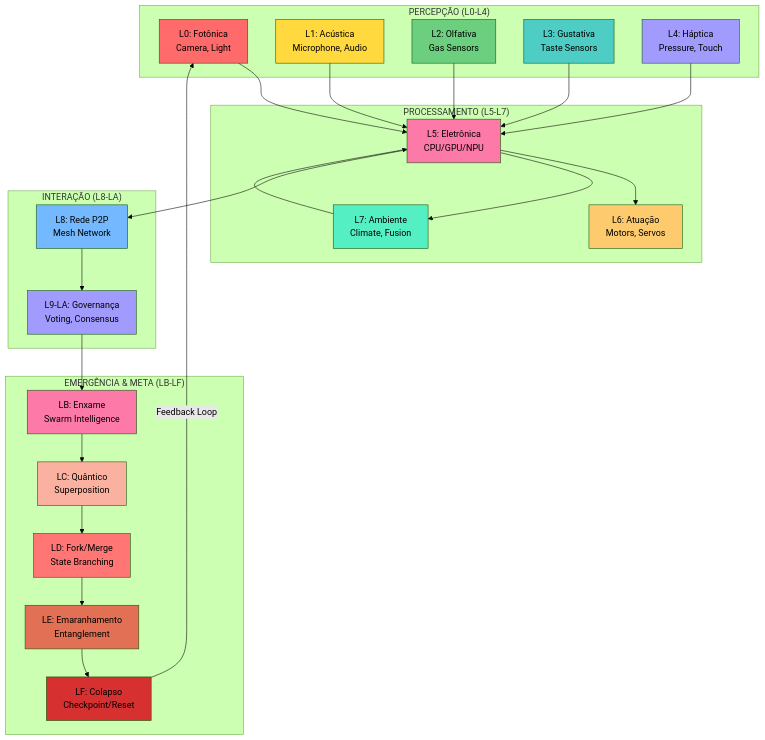
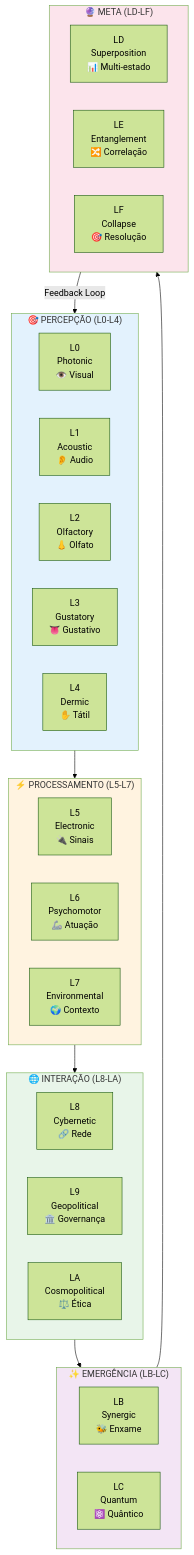
Before and after one commit to silvanoneto/SIL: the third of 20 diagrams in docs/DIAGRAMS.md, drawn with Mermaid (forest theme). The commit also changed other lines of this file and 7 other files, not shown here.

````diff
--- a/docs/DIAGRAMS.md
+++ b/docs/DIAGRAMS.md
@@ -9,66 +127,50 @@
 ```mermaid
-graph TB
-    subgraph "PERCEPÇÃO (L0-L4)"
-        L0[L0: Fotônica<br/>Camera, Light]
-        L1[L1: Acústica<br/>Microphone, Audio]
-        L2[L2: Olfativa<br/>Gas Sensors]
-        L3[L3: Gustativa<br/>Taste Sensors]
-        L4[L4: Háptica<br/>Pressure, Touch]
+flowchart TB
+    subgraph PERCEPTION["🎯 PERCEPÇÃO (L0-L4)"]
+        direction LR
+        L0["L0<br/>Photonic<br/>👁️ Visual"]
+        L1["L1<br/>Acoustic<br/>👂 Audio"]
+        L2["L2<br/>Olfactory<br/>👃 Olfato"]
+        L3["L3<br/>Gustatory<br/>👅 Gustativo"]
+        L4["L4<br/>Dermic<br/>✋ Tátil"]
     end
 
-    subgraph "PROCESSAMENTO (L5-L7)"
-        L5[L5: Eletrônica<br/>CPU/GPU/NPU]
-        L6[L6: Atuação<br/>Motors, Servos]
-        L7[L7: Ambiente<br/>Climate, Fusion]
+    subgraph PROCESSING["⚡ PROCESSAMENTO (L5-L7)"]
+        direction LR
+        L5["L5<br/>Electronic<br/>🔌 Sinais"]
+        L6["L6<br/>Psychomotor<br/>🦾 Atuação"]
+        L7["L7<br/>Environmental<br/>🌍 Contexto"]
     end
 
-    subgraph "INTERAÇÃO (L8-LA)"
-        L8[L8: Rede P2P<br/>Mesh Network]
-        L9[L9-LA: Governança<br/>Voting, Consensus]
+    subgraph INTERACTION["🌐 INTERAÇÃO (L8-LA)"]
+        direction LR
+        L8["L8<br/>Cybernetic<br/>🔗 Rede"]
+        L9["L9<br/>Geopolitical<br/>🏛️ Governança"]
+        LA["LA<br/>Cosmopolitical<br/>⚖️ Ética"]
     end
 
-    subgraph "EMERGÊNCIA & META (LB-LF)"
-        LB[LB: Enxame<br/>Swarm Intelligence]
-        LC[LC: Quântico<br/>Superposition]
-        LD[LD: Fork/Merge<br/>State Branching]
-        LE[LE: Emaranhamento<br/>Entanglement]
-        LF[LF: Colapso<br/>Checkpoint/Reset]
+    subgraph EMERGENCE["✨ EMERGÊNCIA (LB-LC)"]
+        direction LR
+        LB["LB<br/>Synergic<br/>🐝 Enxame"]
+        LC["LC<br/>Quantum<br/>⚛️ Quântico"]
     end
 
-    L0 --> L5
-    L1 --> L5
-    L2 --> L5
-    L3 --> L5
-    L4 --> L5
+    subgraph META["🔮 META (LD-LF)"]
+        direction LR
+        LD["LD<br/>Superposition<br/>📊 Multi-estado"]
+        LE["LE<br/>Entanglement<br/>🔀 Correlação"]
+        LF["LF<br/>Collapse<br/>🎯 Resolução"]
+    end
 
-    L5 --> L6
-    L5 --> L7
-    L7 --> L5
+    PERCEPTION --> PROCESSING
+    PROCESSING --> INTERACTION
+    INTERACTION --> EMERGENCE
+    EMERGENCE --> META
+    META -->|"Feedback Loop"| PERCEPTION
 
-    L5 --> L8
-    L8 --> L9
-
-    L9 --> LB
-    LB --> LC
-    LC --> LD
-    LD --> LE
-    LE --> LF
-
-    LF -->|Feedback Loop| L0
-
-    style L0 fill:#ff6b6b
-    style L1 fill:#ffd93d
-    style L2 fill:#6bcf7f
-    style L3 fill:#4ecdc4
-    style L4 fill:#a29bfe
-    style L5 fill:#fd79a8
-    style L6 fill:#fdcb6e
-    style L7 fill:#55efc4
-    style L8 fill:#74b9ff
-    style L9 fill:#a29bfe
-    style LB fill:#fd79a8
-    style LC fill:#fab1a0
-    style LD fill:#ff7675
-    style LE fill:#e17055
-    style LF fill:#d63031
+    style PERCEPTION fill:#e3f2fd
+    style PROCESSING fill:#fff3e0
+    style INTERACTION fill:#e8f5e9
+    style EMERGENCE fill:#f3e5f5
+    style META fill:#fce4ec
 ```
````
